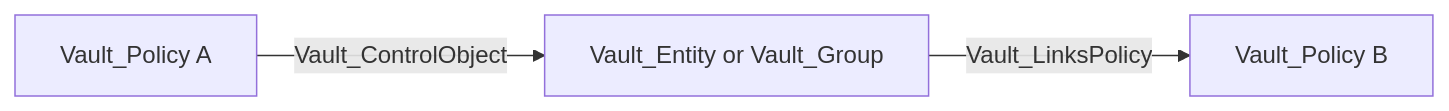
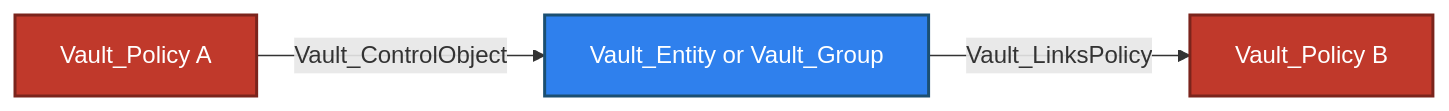
Before and after one commit to bytewreck/opengraph-vault: the fifth of 11 diagrams in Documentation/stores/IDENTITY.md, drawn with Mermaid. The commit also changed other lines of this file and 4 other files, not shown here.

````diff
--- a/Documentation/stores/IDENTITY.md
+++ b/Documentation/stores/IDENTITY.md
@@ -123,5 +146,8 @@
 ```mermaid
 flowchart LR
-    policyA["Vault_Policy A"] -->|Vault_ControlObject| identity["Vault_Entity or Vault_Group"]
-    identity -->|Vault_LinksPolicy| policyB["Vault_Policy B"]
+    policyA["Vault_Policy A"]:::policyNode -->|Vault_ControlObject| identity["Vault_Entity or Vault_Group"]:::identityNode
+    identity -->|Vault_LinksPolicy| policyB["Vault_Policy B"]:::policyNode
+
+    classDef policyNode fill:#C0392B,color:#fff,stroke:#7B241C,stroke-width:2px
+    classDef identityNode fill:#2F80ED,color:#fff,stroke:#1B4F72,stroke-width:2px
 ```
````
